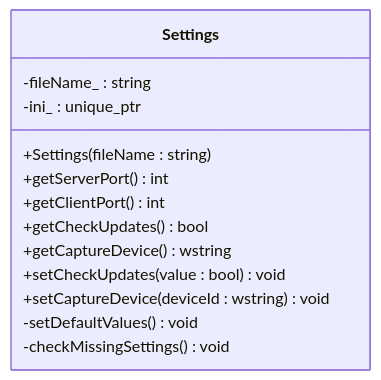
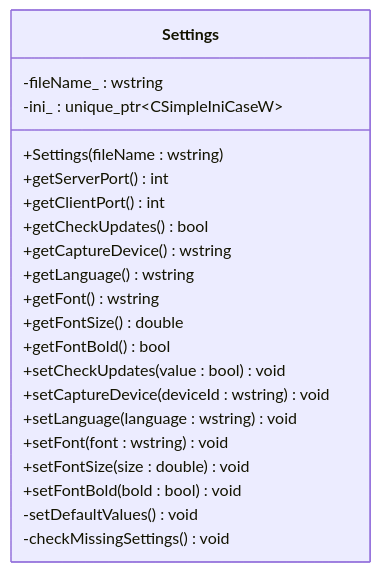
Before and after one commit to tea4go/SoundRemote-WinServer: the third of 7 diagrams in .qoder/repowiki/zh/content/核心模块/配置管理模块.md, drawn with Mermaid. The commit also changed other lines of this file and 11 other files, not shown here.

````diff
--- a/.qoder/repowiki/zh/content/核心模块/配置管理模块.md
+++ b/.qoder/repowiki/zh/content/核心模块/配置管理模块.md
@@ -129,16 +144,24 @@
 ```mermaid
 classDiagram
 class Settings {
-+Settings(fileName : string)
++Settings(fileName : wstring)
 +getServerPort() int
 +getClientPort() int
 +getCheckUpdates() bool
 +getCaptureDevice() wstring
++getLanguage() wstring
++getFont() wstring
++getFontSize() double
++getFontBold() bool
 +setCheckUpdates(value : bool) void
 +setCaptureDevice(deviceId : wstring) void
--fileName_ : string
--ini_ : unique_ptr<CSimpleIniCaseW>
++setLanguage(language : wstring) void
++setFont(font : wstring) void
++setFontSize(size : double) void
++setFontBold(bold : bool) void
+-fileName_ : wstring
+-ini_ : unique_ptr~CSimpleIniCaseW~
 -setDefaultValues() void
 -checkMissingSettings() void
 }
 ```
````
